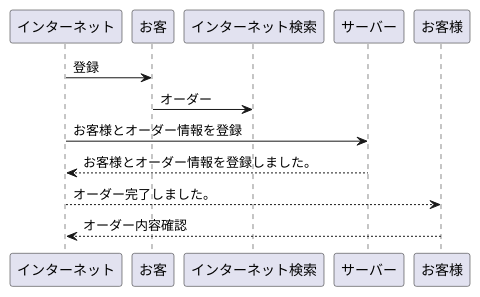
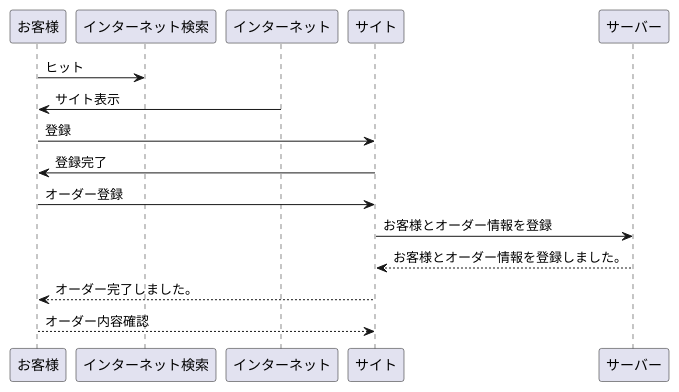
Before and after one commit to usagiame/2021sys-design: the second of 2 diagrams in オーダーメイドショッピングサイト.md, drawn with PlantUML.

````diff
--- a/オーダーメイドショッピングサイト.md
+++ b/オーダーメイドショッピングサイト.md
@@ -17,10 +17,13 @@
 ```uml
 @startuml
-インターネット -> お客:登録
-お客 -> インターネット検索:オーダー
-インターネット -> サーバー:お客様とオーダー情報を登録
-サーバー --> インターネット:お客様とオーダー情報を登録しました。
-インターネット --> お客様:オーダー完了しました。
-お客様 --> インターネット:オーダー内容確認
+お客様 -> インターネット検索:ヒット
+インターネット -> お客様:サイト表示
+お客様 -> サイト:登録
+サイト -> お客様:登録完了
+お客様 -> サイト:オーダー登録
+サイト -> サーバー:お客様とオーダー情報を登録
+サーバー --> サイト:お客様とオーダー情報を登録しました。
+サイト --> お客様:オーダー完了しました。
+お客様 --> サイト:オーダー内容確認
 @enduml
 ```
````
